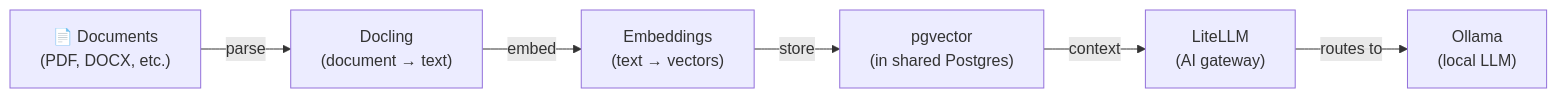
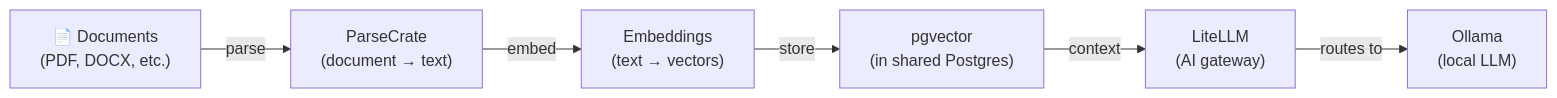
One commit to hwdsl2/self-hosted-ai-stack changed the diagram in stacks/rag-pipeline-full/README.md. Above: the diagram before and after it, drawn with Mermaid. The commit also changed other lines of this file and 26 other files, not shown here.

````diff
--- a/stacks/rag-pipeline-full/README.md
+++ b/stacks/rag-pipeline-full/README.md
@@ -17,8 +17,8 @@
 ```mermaid
 graph LR
-    D["📄 Documents<br/>(PDF, DOCX, etc.)"] -->|parse| DC["Docling<br/>(document → text)"]
+    D["📄 Documents<br/>(PDF, DOCX, etc.)"] -->|parse| DC["ParseCrate<br/>(document → text)"]
     DC -->|embed| E["Embeddings<br/>(text → vectors)"]
     E -->|store| VDB["pgvector<br/>(in shared Postgres)"]
     VDB -->|context| L["LiteLLM<br/>(AI gateway)"]
     L -->|routes to| O["Ollama<br/>(local LLM)"]
 ```
````
